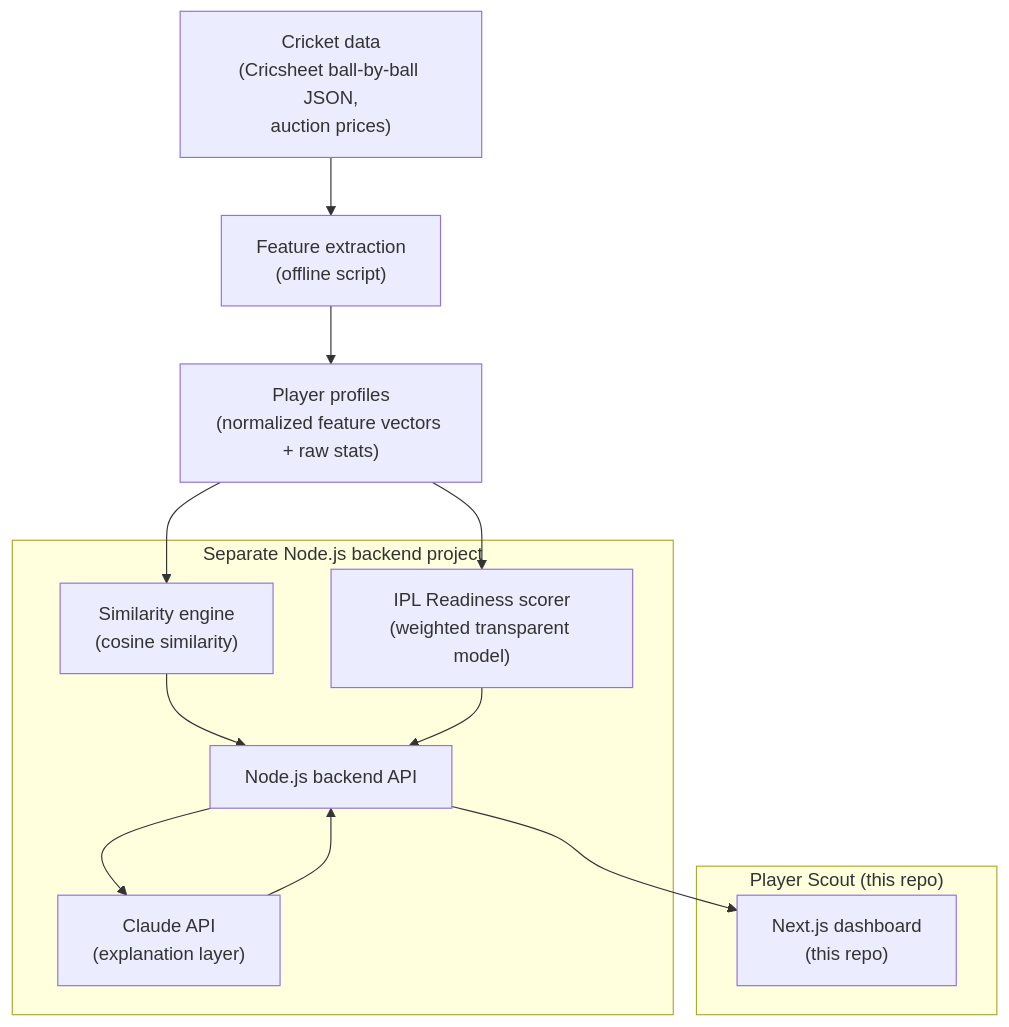
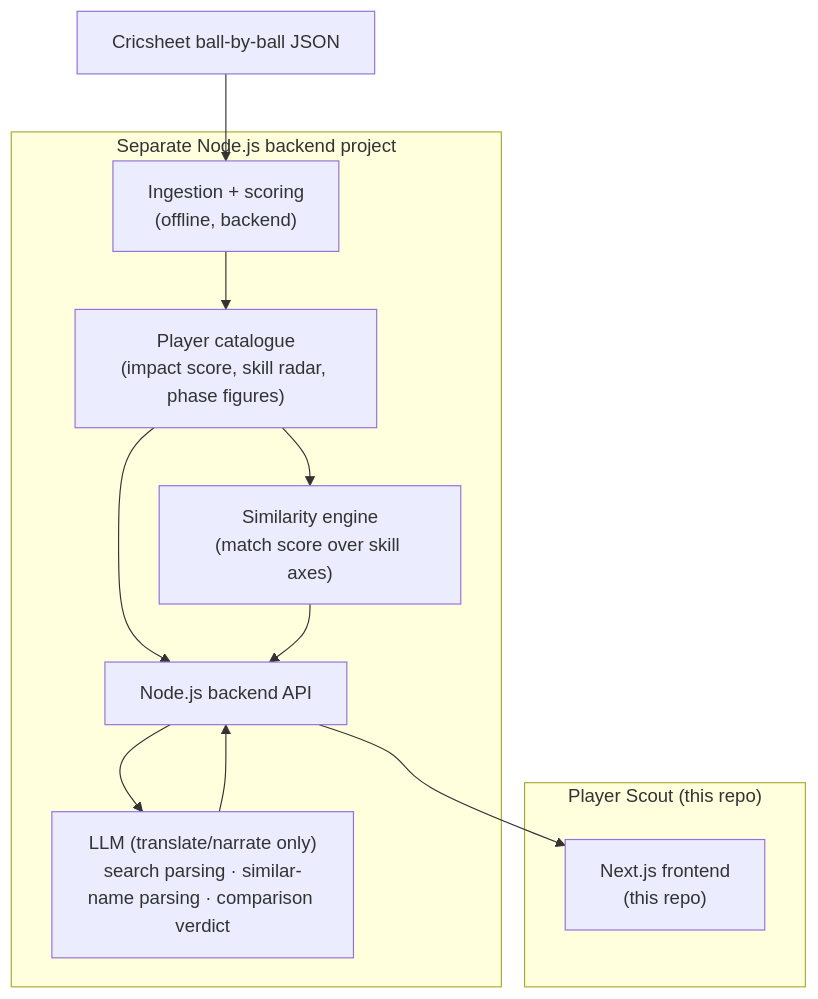
The diagram in docs/01-overview.md (prasad-chandera/player-scout-web-app), drawn with Mermaid before and after one commit. The commit also changed other lines of this file and 26 other files, not shown here.

````diff
--- a/docs/01-overview.md
+++ b/docs/01-overview.md
@@ -51,22 +46,22 @@
 ```mermaid
 flowchart TD
-    A["Cricket data<br/>(Cricsheet ball-by-ball JSON,<br/>auction prices)"] --> B["Feature extraction<br/>(offline script)"]
-    B --> C["Player profiles<br/>(normalized feature vectors + raw stats)"]
-    C --> D["Similarity engine<br/>(cosine similarity)"]
-    C --> E["IPL Readiness scorer<br/>(weighted transparent model)"]
-    D --> F["Node.js backend API"]
-    E --> F
-    F --> G["Claude API<br/>(explanation layer)"]
+    A["Cricsheet ball-by-ball JSON"] --> B["Ingestion + scoring<br/>(offline, backend)"]
+    B --> C["Player catalogue<br/>(impact score, skill radar, phase figures)"]
+    C --> D["Similarity engine<br/>(match score over skill axes)"]
+    C --> F["Node.js backend API"]
+    D --> F
+    F --> G["LLM (translate/narrate only)<br/>search parsing · similar-name parsing · comparison verdict"]
     G --> F
-    F --> H["Next.js dashboard<br/>(this repo)"]
+    F --> H["Next.js frontend<br/>(this repo)"]
 
     subgraph Backend["Separate Node.js backend project"]
+        B
+        C
         D
-        E
         F
         G
     end
     subgraph Frontend["Player Scout (this repo)"]
         H
     end
 ```
````
